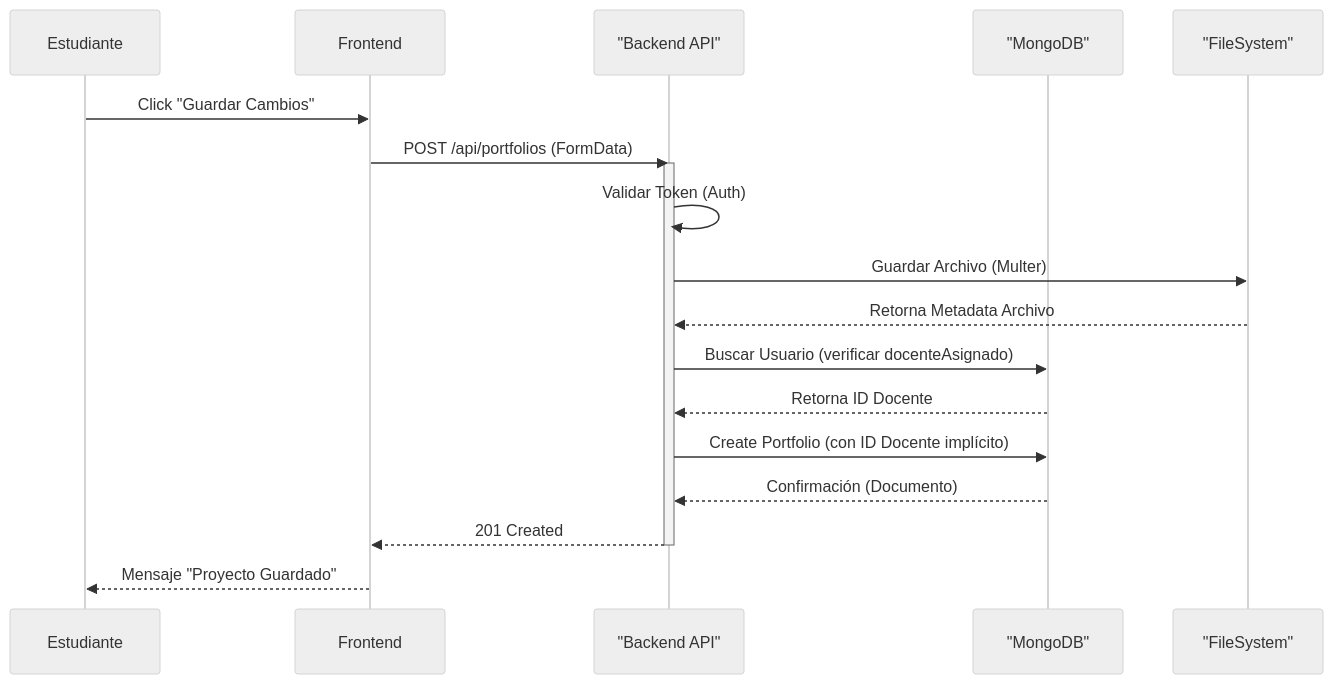
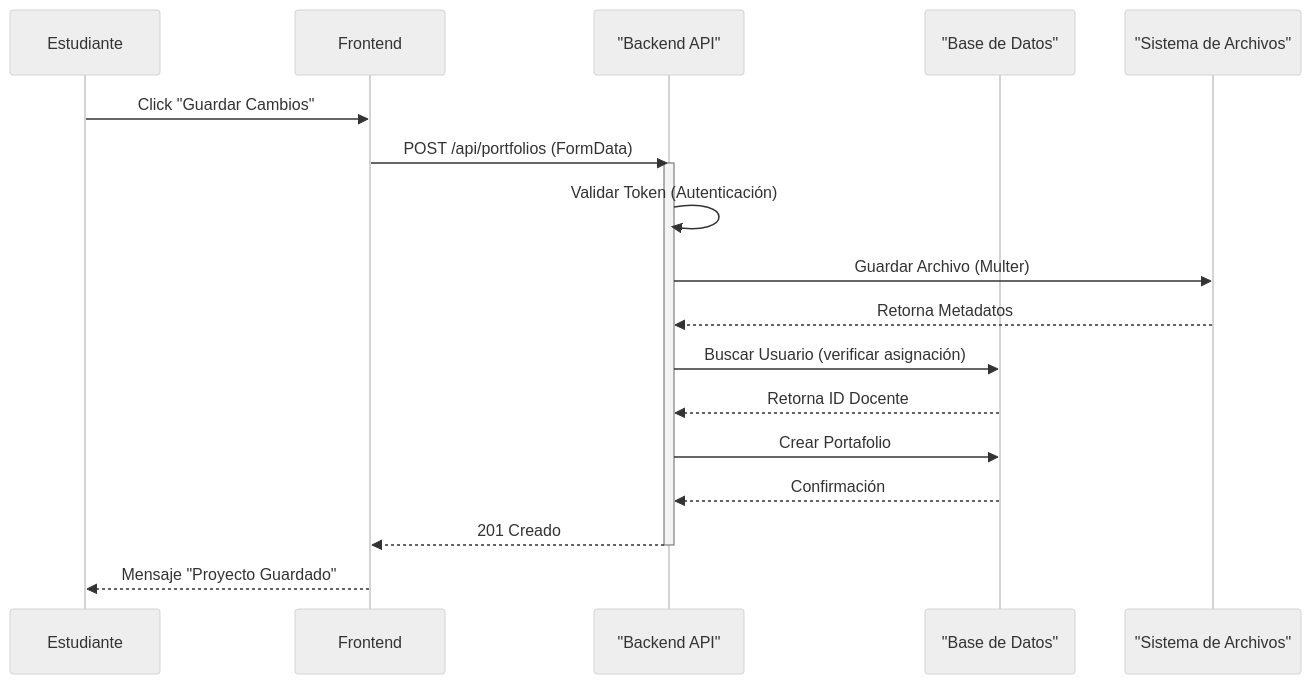
Before and after one commit to GRAN-J/Sistema-de-Gestion-de-Portafolios-Academicos-SGP-: the fourth of 6 diagrams in docs/DIAGRAMAS_DEL_SISTEMA.md, drawn with Mermaid (neutral theme). The commit also changed other lines of this file and 2 other files, not shown here.

Commit message:
Traducción de comentarios a español y ajustes de diagramas

````diff
--- a/docs/DIAGRAMAS_DEL_SISTEMA.md
+++ b/docs/DIAGRAMAS_DEL_SISTEMA.md
@@ -159,26 +142,26 @@
 ```mermaid
 sequenceDiagram
     participant Estudiante
     participant Frontend
     participant API as "Backend API"
-    participant DB as "MongoDB"
-    participant FS as "FileSystem"
+    participant DB as "Base de Datos"
+    participant FS as "Sistema de Archivos"
 
     Estudiante->>Frontend: Click "Guardar Cambios"
     Frontend->>API: POST /api/portfolios (FormData)
     
     activate API
-    API->>API: Validar Token (Auth)
+    API->>API: Validar Token (Autenticación)
     API->>FS: Guardar Archivo (Multer)
-    FS-->>API: Retorna Metadata Archivo
+    FS-->>API: Retorna Metadatos
     
-    API->>DB: Buscar Usuario (verificar docenteAsignado)
+    API->>DB: Buscar Usuario (verificar asignación)
     DB-->>API: Retorna ID Docente
     
-    API->>DB: Create Portfolio (con ID Docente implícito)
-    DB-->>API: Confirmación (Documento)
-    API-->>Frontend: 201 Created
+    API->>DB: Crear Portafolio
+    DB-->>API: Confirmación
+    API-->>Frontend: 201 Creado
     deactivate API
     
     Frontend-->>Estudiante: Mensaje "Proyecto Guardado"
 ```
````
